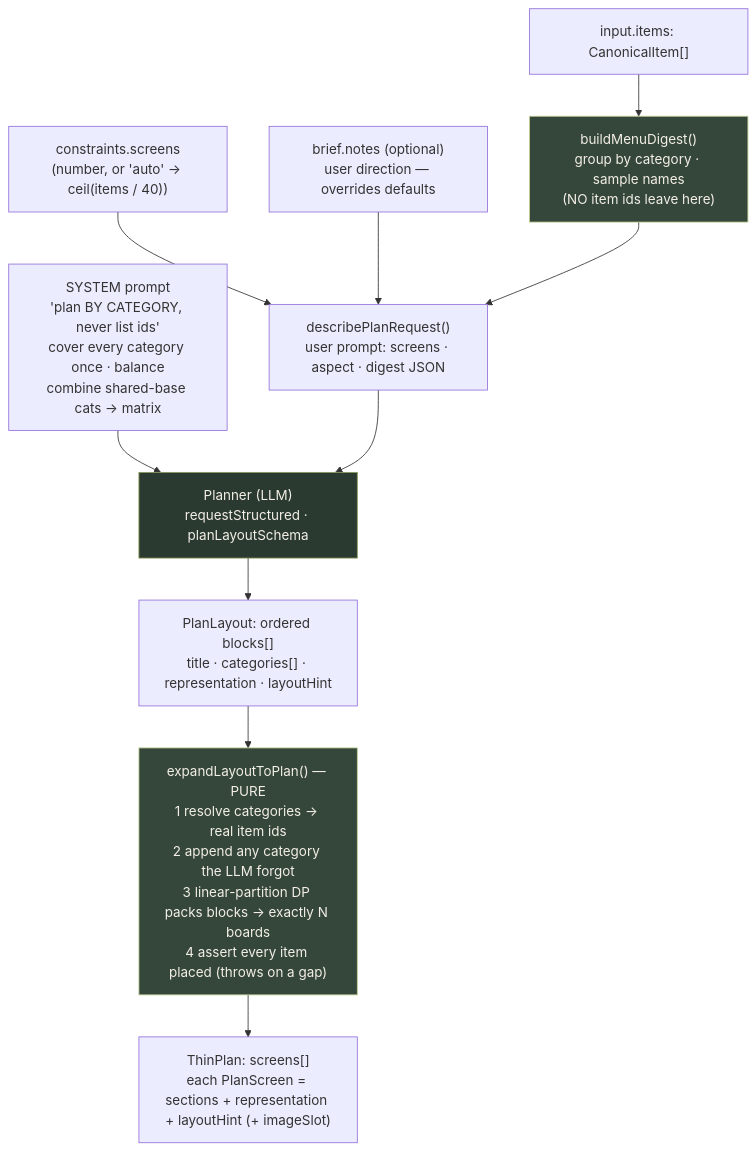
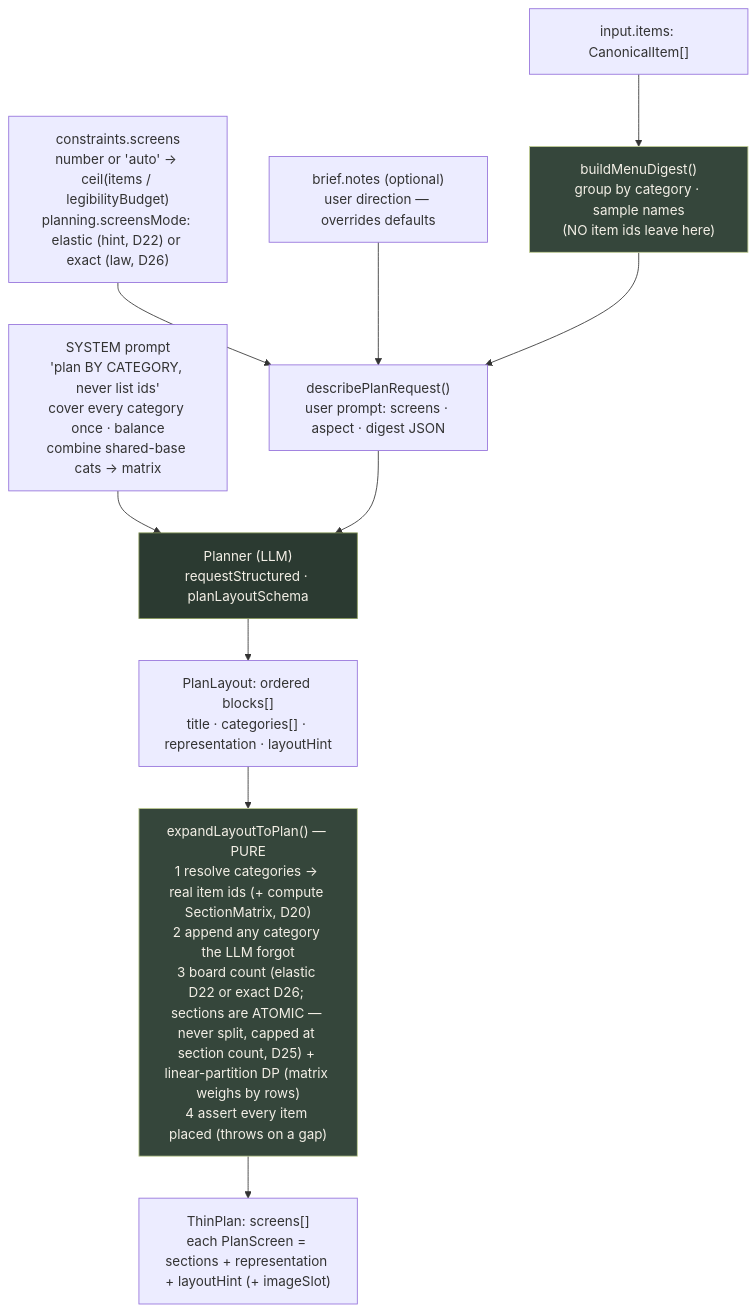
One commit to kalyanram23/sf-content-engine changed the fourth of 6 diagrams in ARCHITECTURE.md. Above: the diagram before and after it, drawn with Mermaid. The commit also changed other lines of this file and 1 other file, not shown here.

First line of the commit message:
docs: log D20-D37, update ARCHITECTURE

````diff
--- a/ARCHITECTURE.md
+++ b/ARCHITECTURE.md
@@ -169,19 +169,19 @@
 ```mermaid
 flowchart TD
     ITEMS["input.items: CanonicalItem[]"] --> DIG["buildMenuDigest()<br/>group by category · sample names<br/>(NO item ids leave here)"]
-    SCR["constraints.screens<br/>(number, or 'auto' → ceil(items / 40))"] --> UREQ
+    SCR["constraints.screens<br/>number or 'auto' → ceil(items / legibilityBudget)<br/>planning.screensMode: elastic (hint, D22) or exact (law, D26)"] --> UREQ
     NOTES["brief.notes (optional)<br/>user direction — overrides defaults"] --> UREQ
     DIG --> UREQ["describePlanRequest()<br/>user prompt: screens · aspect · digest JSON"]
 
     SYS["SYSTEM prompt<br/>'plan BY CATEGORY, never list ids'<br/>cover every category once · balance<br/>combine shared-base cats → matrix"] --> LLM
     UREQ --> LLM["Planner (LLM)<br/>requestStructured · planLayoutSchema"]
     LLM --> LAYOUT["PlanLayout: ordered blocks[]<br/>title · categories[] · representation · layoutHint"]
 
-    LAYOUT --> EXP["expandLayoutToPlan() — PURE<br/>1 resolve categories → real item ids<br/>2 append any category the LLM forgot<br/>3 linear-partition DP packs blocks → exactly N boards<br/>4 assert every item placed (throws on a gap)"]
+    LAYOUT --> EXP["expandLayoutToPlan() — PURE<br/>1 resolve categories → real item ids (+ compute SectionMatrix, D20)<br/>2 append any category the LLM forgot<br/>3 board count (elastic D22 or exact D26; sections are ATOMIC — never split, capped at section count, D25) + linear-partition DP (matrix weighs by rows)<br/>4 assert every item placed (throws on a gap)"]
     EXP --> PLAN["ThinPlan: screens[]<br/>each PlanScreen = sections + representation + layoutHint (+ imageSlot)"]
 
     classDef llm fill:#2b3a31,color:#f3efe6,stroke:#8a9a5b;
     classDef pure fill:#35463b,color:#f3efe6,stroke:#c2cf95;
     class LLM llm;
     class DIG,EXP pure;
 ```
````
